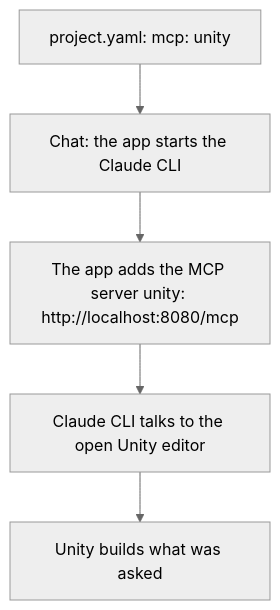
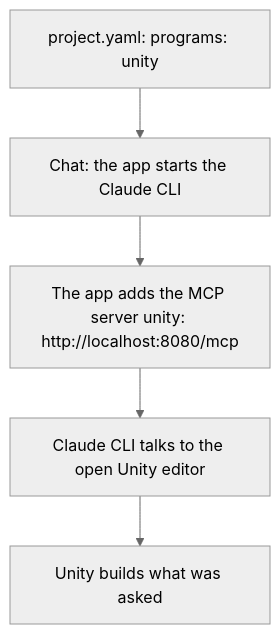
Before and after one commit to GFGMNET/Workspace: the diagram in docs/plans/UNITY.md, drawn with Mermaid (neutral theme). The commit also changed other lines of this file and 6 other files, not shown here.

First line of the commit message:
MCP plans: switched on with programs: (approved), Ready 2 Deploy again

````diff
--- a/docs/plans/UNITY.md
+++ b/docs/plans/UNITY.md
@@ -63,7 +61,7 @@
 ```mermaid
 flowchart TD
-  A[project.yaml: mcp: unity] --> B[Chat: the app starts the Claude CLI]
+  A[project.yaml: programs: unity] --> B[Chat: the app starts the Claude CLI]
   B --> C[The app adds the MCP server unity: http://localhost:8080/mcp]
   C --> D[Claude CLI talks to the open Unity editor]
   D --> E[Unity builds what was asked]
 ```
````
